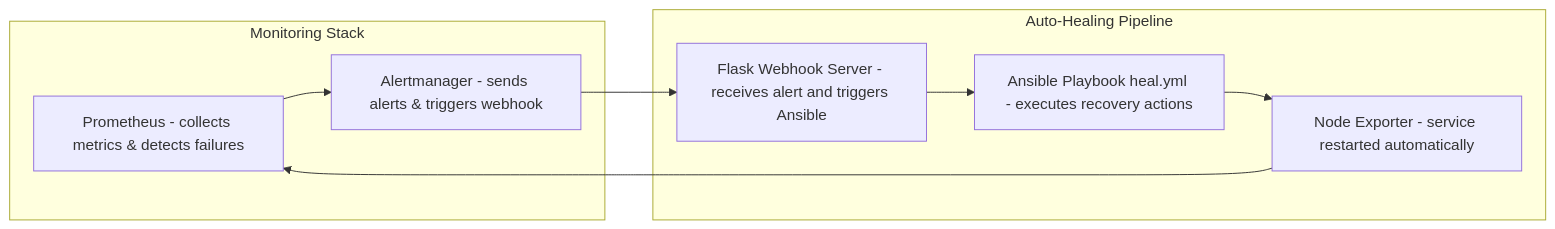
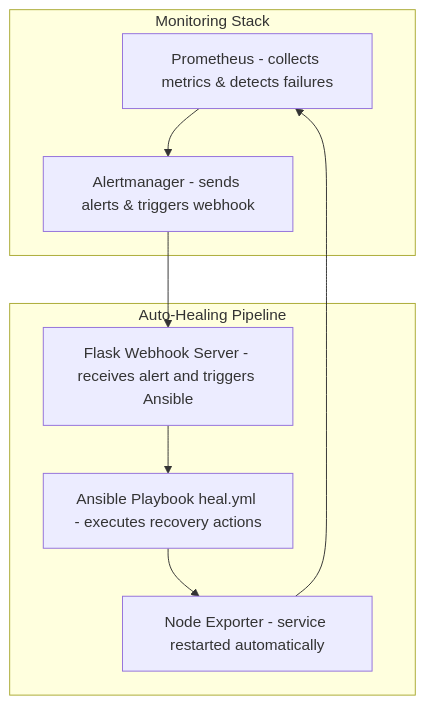
One commit to Vsethi44/Self-Healing-Infrastructure-with-Prometheus-Alertmanager-Ansible changed the diagram in README.MD. Above: the diagram before and after it, drawn with Mermaid.

Commit message:
README.MD Updated

````diff
--- a/README.MD
+++ b/README.MD
@@ -1,14 +1,14 @@
 ```mermaid
-graph LR
+graph TD
     subgraph Monitoring_Stack["Monitoring Stack"]
         A[Prometheus - collects metrics & detects failures] --> B[Alertmanager - sends alerts & triggers webhook]
     end
 
     subgraph Auto_Heal_Pipeline["Auto-Healing Pipeline"]
         B --> C[Flask Webhook Server - receives alert and triggers Ansible]
         C --> D[Ansible Playbook heal.yml - executes recovery actions]
         D --> E[Node Exporter - service restarted automatically]
     end
 
     E --> A
 ```
````
